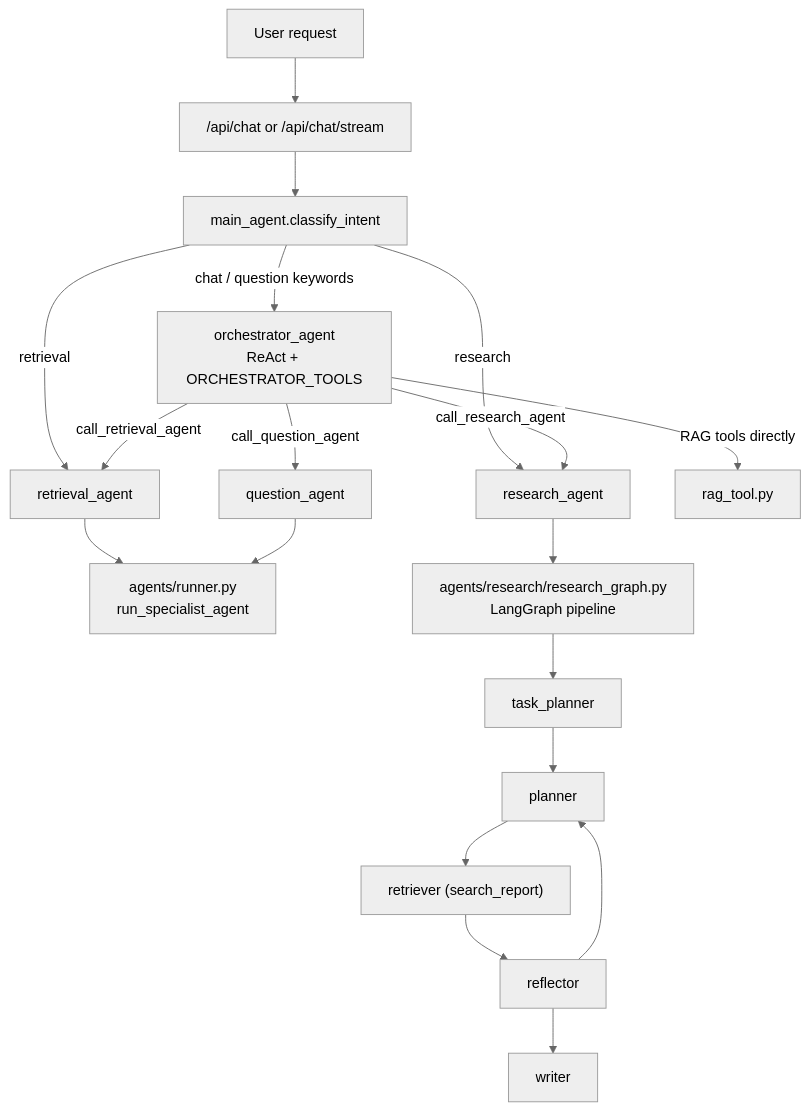
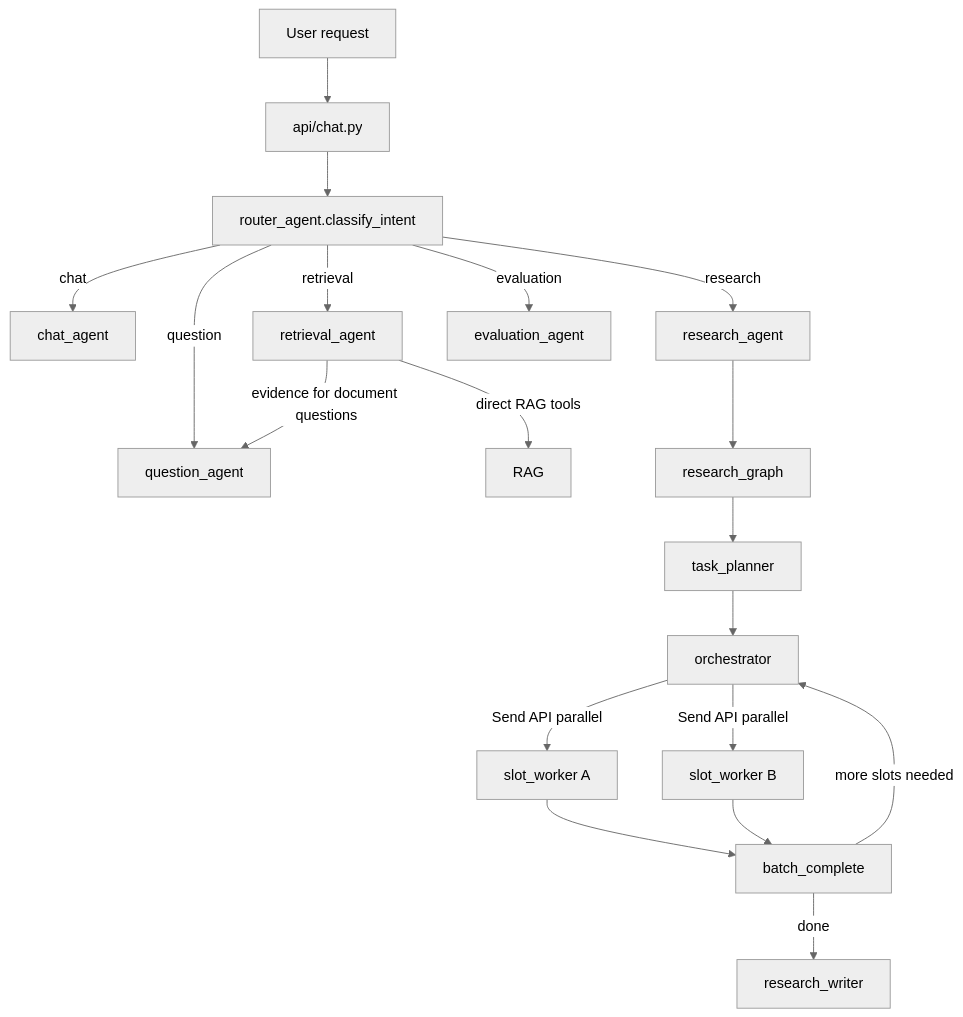
One commit to clairechien0627/ncu_ai_guidance changed the diagram in README.md. Above: the diagram before and after it, drawn with Mermaid (neutral theme). The commit also changed other lines of this file and 141 other files, not shown here.

````diff
--- a/README.md
+++ b/README.md
@@ -79,21 +99,21 @@
 ```mermaid
 flowchart TD
-  U["User request"] --> API["/api/chat or /api/chat/stream"]
-  API --> Router["main_agent.classify_intent"]
-  Router -->|chat / question keywords| Orch["orchestrator_agent\nReAct + ORCHESTRATOR_TOOLS"]
+  U["User request"] --> API["api/chat.py"]
+  API --> Router["router_agent.classify_intent"]
+  Router -->|chat| Chat["chat_agent"]
   Router -->|retrieval| Ret["retrieval_agent"]
+  Router -->|question| QA["question_agent"]
   Router -->|research| Res["research_agent"]
-  Orch -->|call_question_agent| QA["question_agent"]
-  Orch -->|call_retrieval_agent| Ret
-  Orch -->|call_research_agent| Res
-  Orch -->|RAG tools directly| RAG["rag_tool.py"]
-  Ret --> Runner["agents/runner.py\nrun_specialist_agent"]
-  QA --> Runner
-  Res --> Graph["agents/research/research_graph.py\nLangGraph pipeline"]
+  Router -->|evaluation| Eval["evaluation_agent"]
+  Ret -->|direct RAG tools| RAG
+  Ret -->|evidence for document questions| QA
+  Res --> Graph["research_graph"]
   Graph --> TP["task_planner"]
-  TP --> P["planner"]
-  P --> S["retriever (search_report)"]
-  S --> Rf["reflector"]
-  Rf --> P
-  Rf --> W["writer"]
+  TP --> Orch["orchestrator"]
+  Orch -->|Send API parallel| W1["slot_worker A"]
+  Orch -->|Send API parallel| W2["slot_worker B"]
+  W1 --> BC["batch_complete"]
+  W2 --> BC
+  BC -->|more slots needed| Orch
+  BC -->|done| Writer["research_writer"]
 ```
````
